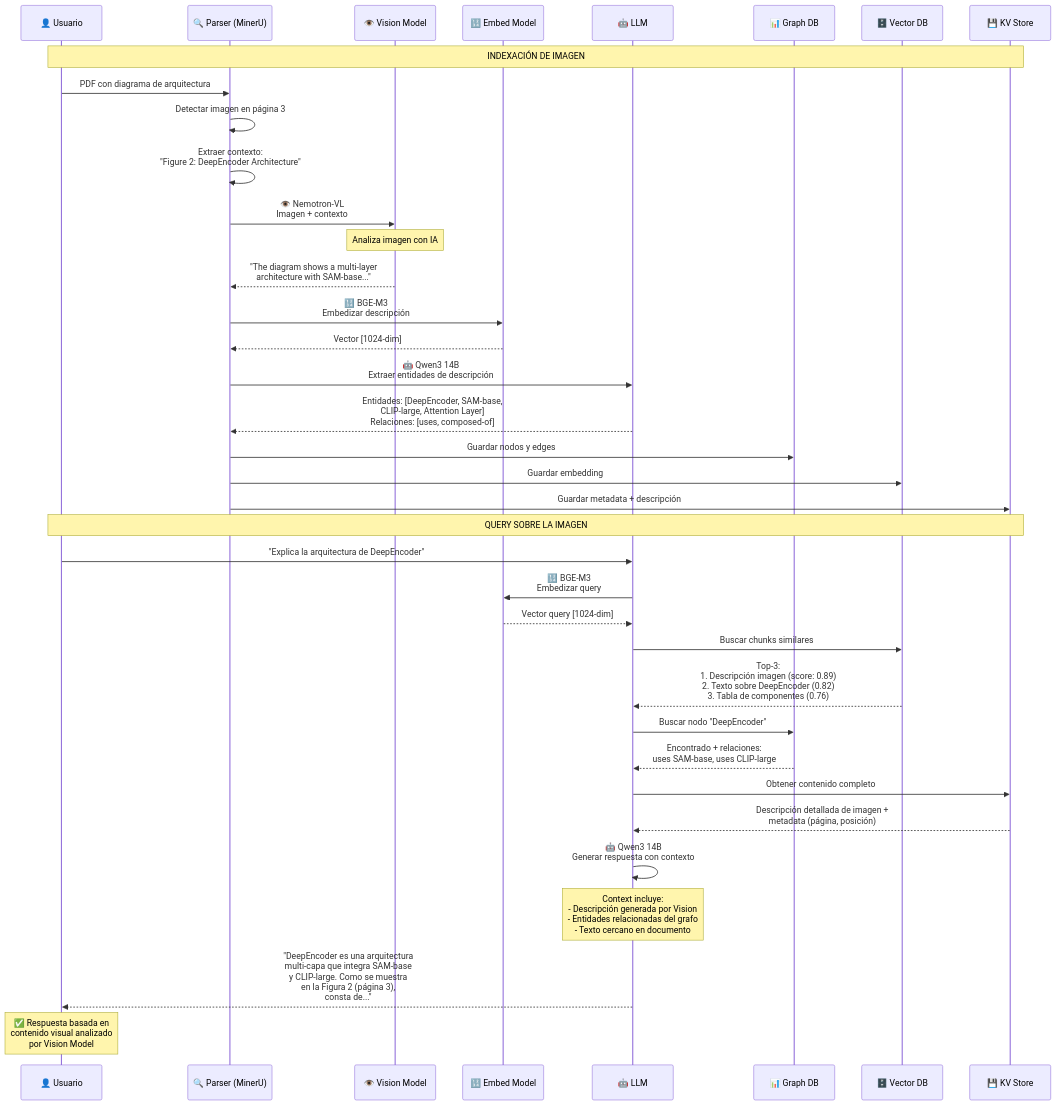
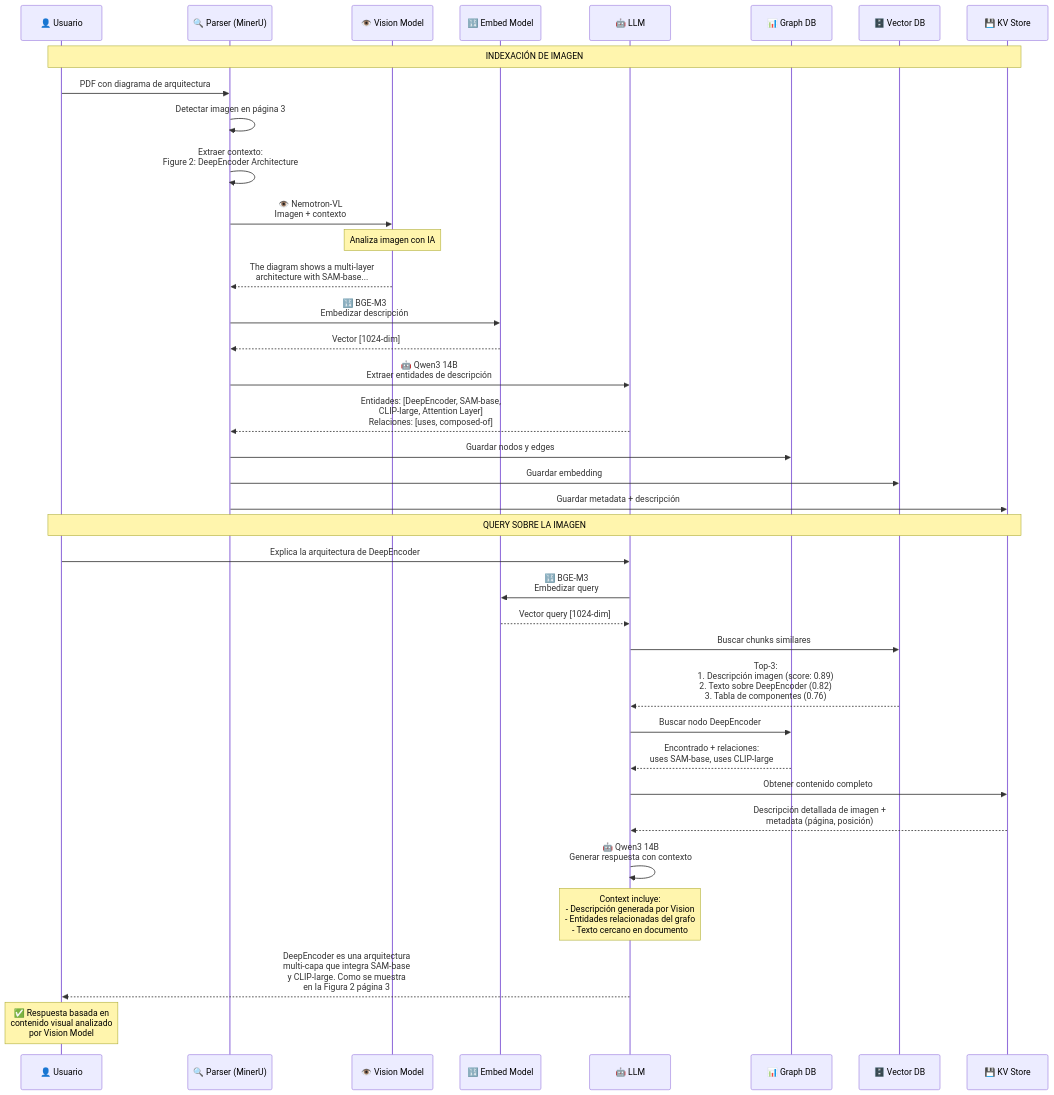
One commit to Tknika/rag-demo changed the ninth of 9 diagrams in WORKSHOP.md. Above: the diagram before and after it, drawn with Mermaid. The commit also changed other lines of this file, not shown here.

Commit message:
PoC ready

````diff
--- a/WORKSHOP.md
+++ b/WORKSHOP.md
@@ -721,54 +721,54 @@
 ```mermaid
 sequenceDiagram
     participant U as 👤 Usuario
     participant P as 🔍 Parser (MinerU)
     participant V as 👁️ Vision Model
     participant E as 🔢 Embed Model
     participant L as 🤖 LLM
     participant G as 📊 Graph DB
     participant VDB as 🗄️ Vector DB
     participant K as 💾 KV Store
     
     Note over U,K: INDEXACIÓN DE IMAGEN
     
     U->>P: PDF con diagrama de arquitectura
     P->>P: Detectar imagen en página 3
-    P->>P: Extraer contexto:<br/>"Figure 2: DeepEncoder Architecture"
+    P->>P: Extraer contexto:<br/>Figure 2: DeepEncoder Architecture
     
     P->>V: 👁️ Nemotron-VL<br/>Imagen + contexto
     Note over V: Analiza imagen con IA
-    V-->>P: "The diagram shows a multi-layer<br/>architecture with SAM-base..."
+    V-->>P: The diagram shows a multi-layer<br/>architecture with SAM-base...
     
     P->>E: 🔢 BGE-M3<br/>Embedizar descripción
     E-->>P: Vector [1024-dim]
     
     P->>L: 🤖 Qwen3 14B<br/>Extraer entidades de descripción
     L-->>P: Entidades: [DeepEncoder, SAM-base,<br/>CLIP-large, Attention Layer]<br/>Relaciones: [uses, composed-of]
     
     P->>G: Guardar nodos y edges
     P->>VDB: Guardar embedding
     P->>K: Guardar metadata + descripción
     
     Note over U,K: QUERY SOBRE LA IMAGEN
     
-    U->>L: "Explica la arquitectura de DeepEncoder"
+    U->>L: Explica la arquitectura de DeepEncoder
     
     L->>E: 🔢 BGE-M3<br/>Embedizar query
     E-->>L: Vector query [1024-dim]
     
     L->>VDB: Buscar chunks similares
     VDB-->>L: Top-3:<br/>1. Descripción imagen (score: 0.89)<br/>2. Texto sobre DeepEncoder (0.82)<br/>3. Tabla de componentes (0.76)
     
-    L->>G: Buscar nodo "DeepEncoder"
+    L->>G: Buscar nodo DeepEncoder
     G-->>L: Encontrado + relaciones:<br/>uses SAM-base, uses CLIP-large
     
     L->>K: Obtener contenido completo
     K-->>L: Descripción detallada de imagen +<br/>metadata (página, posición)
     
     L->>L: 🤖 Qwen3 14B<br/>Generar respuesta con contexto
     Note over L: Context incluye:<br/>- Descripción generada por Vision<br/>- Entidades relacionadas del grafo<br/>- Texto cercano en documento
     
-    L-->>U: "DeepEncoder es una arquitectura<br/>multi-capa que integra SAM-base<br/>y CLIP-large. Como se muestra<br/>en la Figura 2 (página 3),<br/>consta de..."
+    L-->>U: DeepEncoder es una arquitectura<br/>multi-capa que integra SAM-base<br/>y CLIP-large. Como se muestra<br/>en la Figura 2 página 3
     
     Note over U: ✅ Respuesta basada en<br/>contenido visual analizado<br/>por Vision Model
 ```
````
